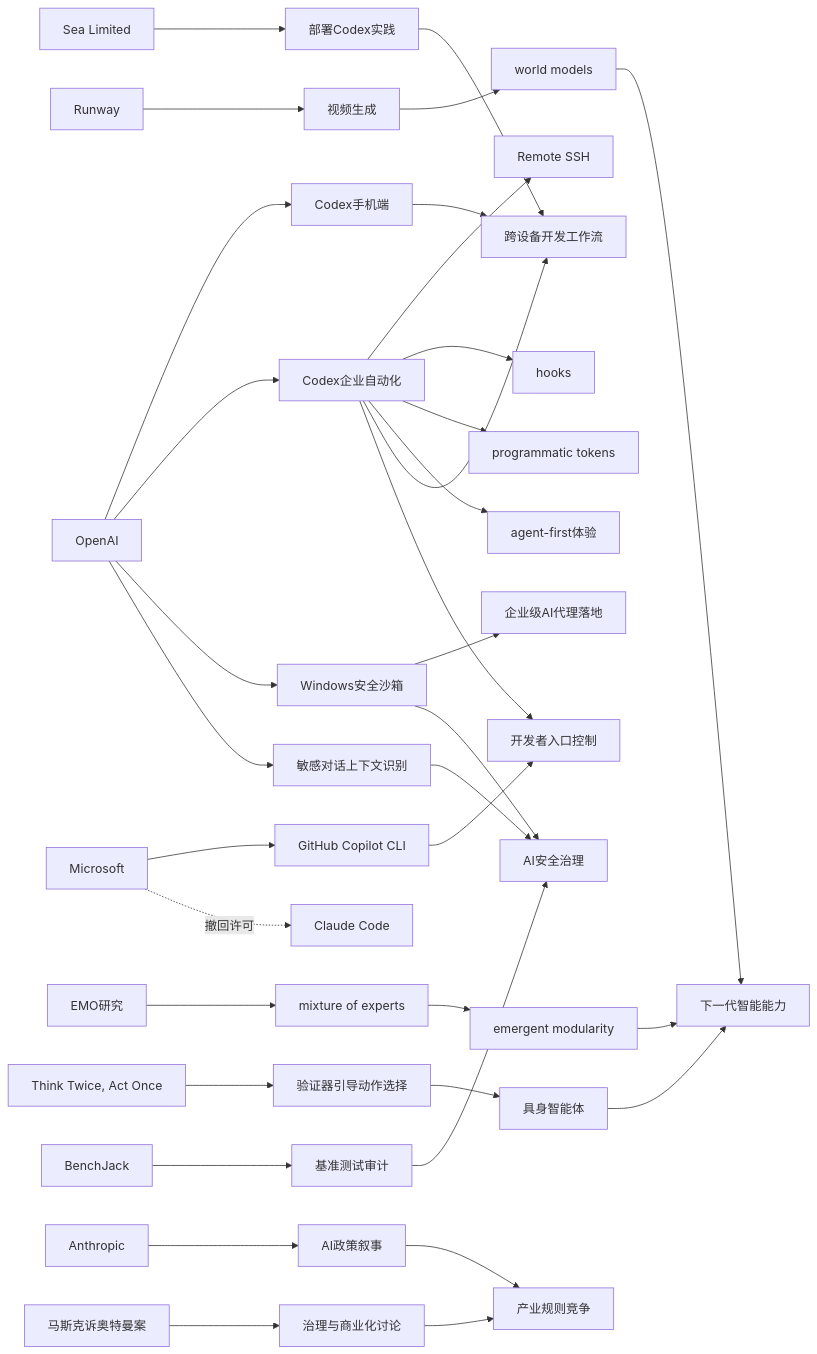
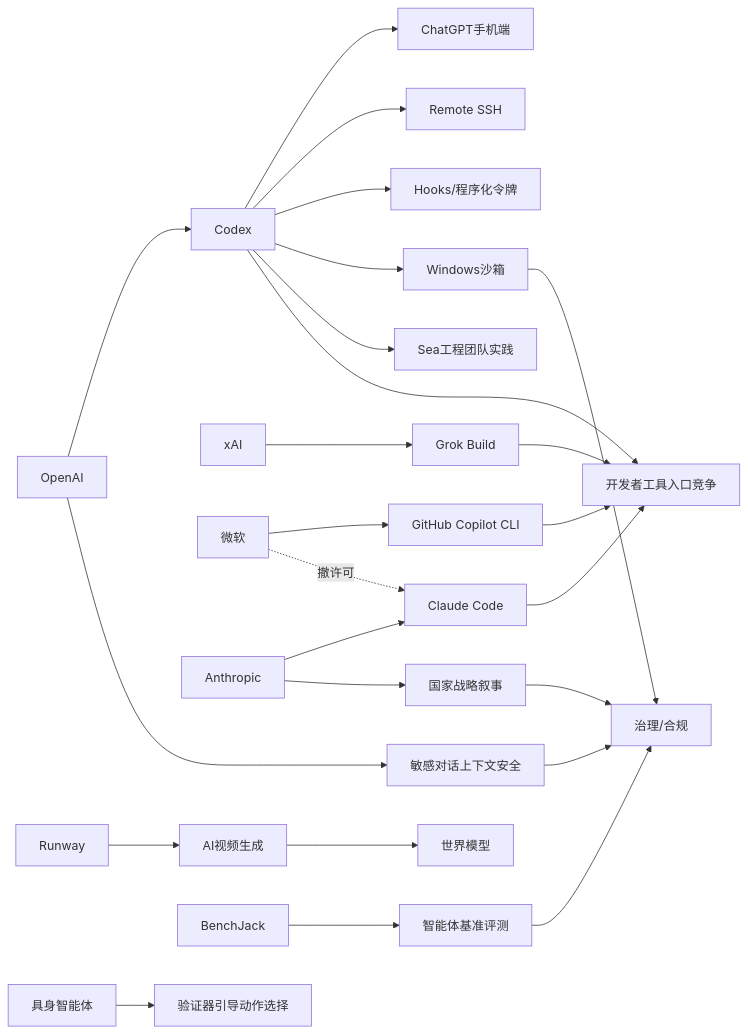
Before and after one commit to zhuxinfei/ai-daily-site: the diagram in content/cn/2026/2026-05/2026-05-15.md, drawn with Mermaid. The commit also changed other lines of this file, not shown here.

````diff
--- a/content/cn/2026/2026-05/2026-05-15.md
+++ b/content/cn/2026/2026-05/2026-05-15.md
@@ -140,43 +110,60 @@
 ```mermaid
 graph LR
-    OpenAI --> CodexMobile[Codex手机端]
-    OpenAI --> CodexEnterprise[Codex企业自动化]
-    OpenAI --> WinSandbox[Windows安全沙箱]
-    OpenAI --> SafeContext[敏感对话上下文识别]
+    OpenAI[OpenAI]
+    Codex[Codex]
+    Mobile[ChatGPT手机端]
+    SSH[Remote SSH]
+    Hooks[Hooks/程序化令牌]
+    Sandbox[Windows沙箱]
+    Sea[Sea工程团队实践]
 
-    CodexEnterprise --> RemoteSSH[Remote SSH]
-    CodexEnterprise --> Hooks[hooks]
-    CodexEnterprise --> Tokens[programmatic tokens]
-    CodexEnterprise --> AgentFirst[agent-first体验]
+    xAI[xAI]
+    Grok[Grok Build]
+    Microsoft[微软]
+    Copilot[GitHub Copilot CLI]
+    Anthropic[Anthropic]
+    Claude[Claude Code]
 
-    Sea[Sea Limited] --> CodexAdoption[部署Codex实践]
-    CodexMobile --> DevWorkflow[跨设备开发工作流]
-    CodexEnterprise --> DevWorkflow
-    CodexAdoption --> DevWorkflow
+    Runway[Runway]
+    Video[AI视频生成]
+    WorldModel[世界模型]
 
-    Microsoft --> CopilotCLI[GitHub Copilot CLI]
-    Microsoft -.撤回许可.-> ClaudeCode[Claude Code]
-    CopilotCLI --> DevEntry[开发者入口控制]
-    CodexEnterprise --> DevEntry
-    WinSandbox --> EnterpriseAI[企业级AI代理落地]
+    Safety[敏感对话上下文安全]
+    Embodied[具身智能体]
+    Verifier[验证器引导动作选择]
 
-    Runway --> VideoGen[视频生成]
-    VideoGen --> WorldModels[world models]
-    EMO[EMO研究] --> MoE[mixture of experts]
-    MoE --> Modularity[emergent modularity]
-    ThinkTwice[Think Twice, Act Once] --> Verifier[验证器引导动作选择]
-    Verifier --> EmbodiedAgents[具身智能体]
-    WorldModels --> NextGenAI[下一代智能能力]
-    Modularity --> NextGenAI
-    EmbodiedAgents --> NextGenAI
+    BenchJack[BenchJack]
+    Eval[智能体基准评测]
+    Governance[治理/合规]
+    Policy[国家战略叙事]
 
-    SafeContext --> AISafety[AI安全治理]
-    WinSandbox --> AISafety
-    BenchJack --> BenchmarkAudit[基准测试审计]
-    BenchmarkAudit --> AISafety
+    OpenAI --> Codex
+    Codex --> Mobile
+    Codex --> SSH
+    Codex --> Hooks
+    Codex --> Sandbox
+    Codex --> Sea
 
-    Anthropic --> PolicyNarrative[AI政策叙事]
-    MuskVsAltman[马斯克诉奥特曼案] --> Governance[治理与商业化讨论]
-    PolicyNarrative --> IndustryPower[产业规则竞争]
-    Governance --> IndustryPower
+    xAI --> Grok
+    Microsoft --> Copilot
+    Microsoft -.撤许可.-> Claude
+    Anthropic --> Claude
+
+    Runway --> Video
+    Video --> WorldModel
+
+    OpenAI --> Safety
+    Embodied --> Verifier
+
+    BenchJack --> Eval
+    Eval --> Governance
+    Sandbox --> Governance
+    Safety --> Governance
+    Anthropic --> Policy
+    Policy --> Governance
+
+    Codex --> DevTools[开发者工具入口竞争]
+    Grok --> DevTools
+    Copilot --> DevTools
+    Claude --> DevTools
 ```
````
